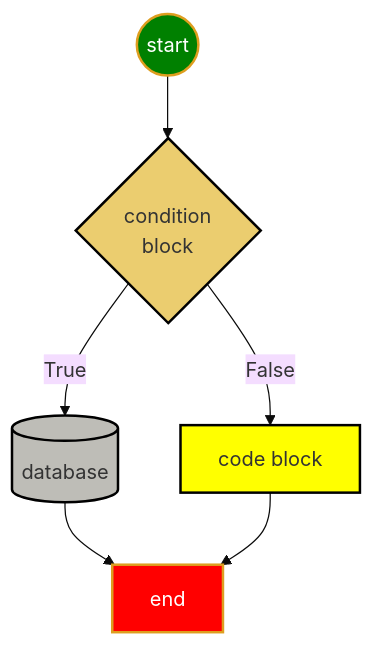
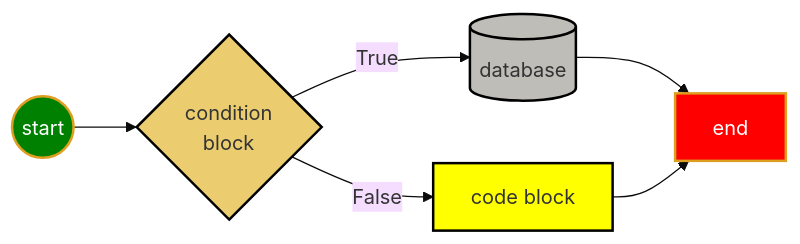
The diagram in doc/myIcons.md (terrenceliu01/python1), drawn with Mermaid (base theme) before and after one commit. The commit also changed other lines of this file and 23 other files, not shown here.

````diff
--- a/doc/myIcons.md
+++ b/doc/myIcons.md
@@ -22,25 +48,25 @@
 ```mermaid
-graph TB
+graph LR
 START((start))
 B[code block]
 END[end]
 IF{condition<br> block}
 DB[(database)]
 
 START-->IF
 IF--True-->DB-->END
 IF--False-->B-->END
 
 classDef html fill:#F46624,stroke:#F46624,stroke-width:4px,color:white;
 classDef js fill:yellow,stroke:black,stroke-width:2px;
 classDef if fill:#EBCD6F,stroke:black,stroke-width:2px;
 classDef db fill:#BEBDB7,stroke:black,stroke-width:2px;
 classDef start fill:green,stroke:#DE9E1F,stroke-width:2px,color:white;
 classDef end1 fill:red,stroke:#DE9E1F,stroke-width:2px,color:white;
 
 class START start
 class B,D,E js
 class IF if
 class DB db
 class END end1
 ```
````
